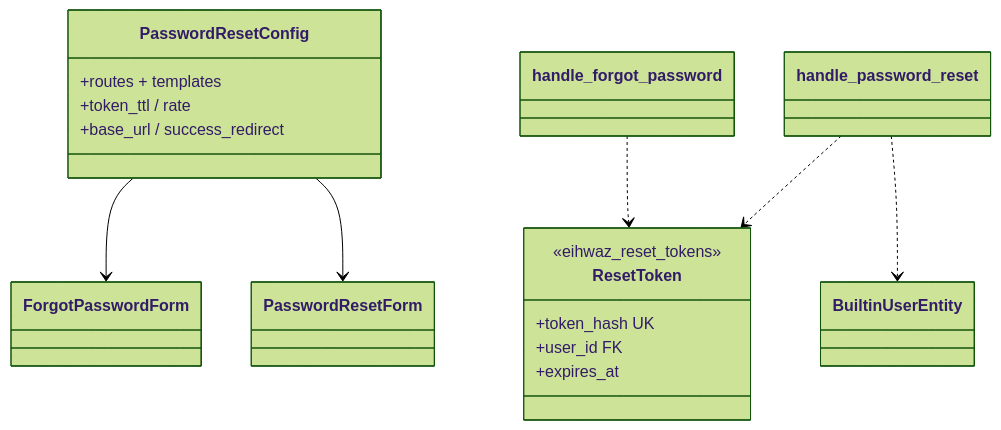
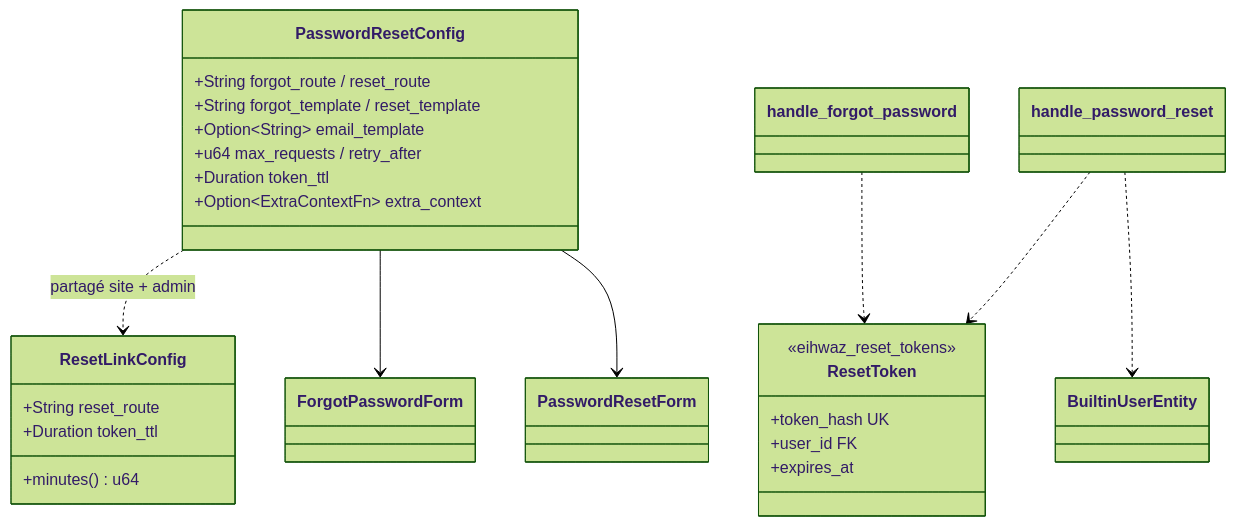
The fifth of 6 diagrams in diagramme/uml/auth/authentification.md (seb-alliot/runique), drawn with Mermaid (forest theme) before and after one commit. The commit also changed other lines of this file and 57 other files, not shown here.

Commit message:
fix few bug && diagramme

````diff
--- a/diagramme/uml/auth/authentification.md
+++ b/diagramme/uml/auth/authentification.md
@@ -143,23 +147,32 @@
 ```mermaid
 classDiagram
     class PasswordResetConfig {
-        +routes + templates
-        +token_ttl / rate
-        +base_url / success_redirect
+        +String forgot_route / reset_route
+        +String forgot_template / reset_template
+        +Option~String~ email_template
+        +u64 max_requests / retry_after
+        +Duration token_ttl
+        +Option~ExtraContextFn~ extra_context
+    }
+    class ResetLinkConfig {
+        +String reset_route
+        +Duration token_ttl
+        +minutes() u64
     }
     class ForgotPasswordForm
     class PasswordResetForm
     class ResetToken {
         <<eihwaz_reset_tokens>>
         +token_hash UK
         +user_id FK
         +expires_at
     }
     class handle_forgot_password
     class handle_password_reset
+    PasswordResetConfig ..> ResetLinkConfig : partagé site + admin
     PasswordResetConfig --> ForgotPasswordForm
     PasswordResetConfig --> PasswordResetForm
     handle_forgot_password ..> ResetToken
     handle_password_reset ..> ResetToken
     handle_password_reset ..> BuiltinUserEntity
 ```
````
